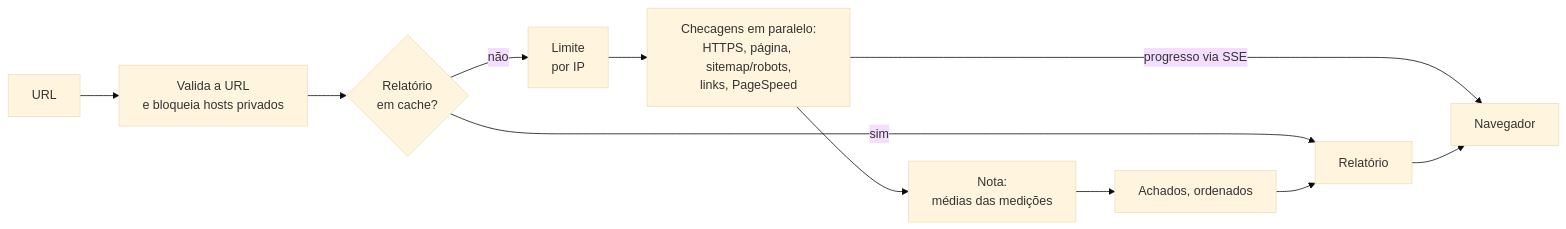
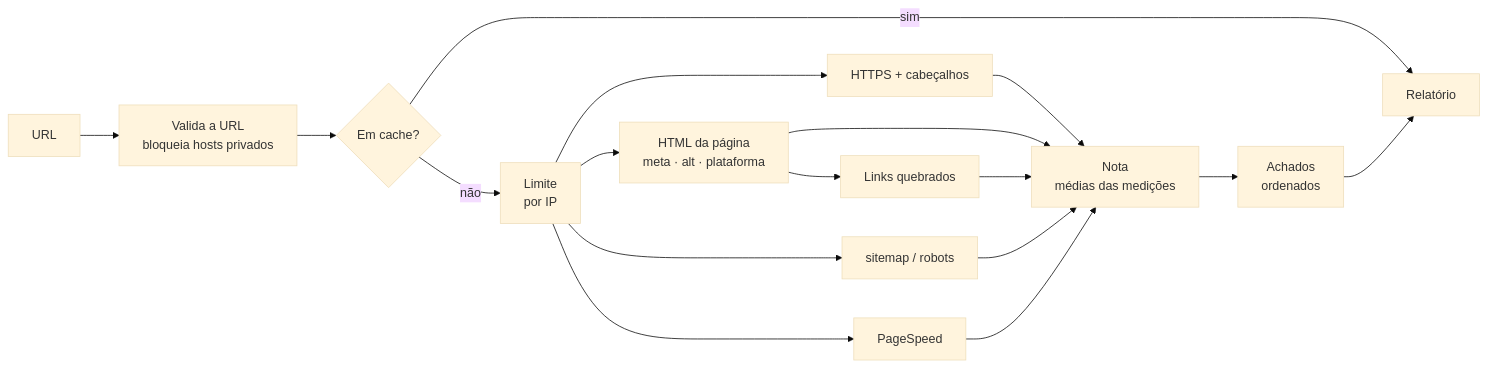
One commit to leodds21/Website-reviewer changed the diagram in README.pt-BR.md. Above: the diagram before and after it, drawn with Mermaid (base theme). The commit also changed other lines of this file and 4 other files, not shown here.

````diff
--- a/README.pt-BR.md
+++ b/README.pt-BR.md
@@ -42,13 +45,15 @@
 ```mermaid
 flowchart LR
-    A[URL] --> B[Valida a URL<br/>e bloqueia hosts privados]
-    B --> C{Relatório<br/>em cache?}
-    C -- sim --> R[Relatório]
-    C -- não --> D[Limite<br/>por IP]
-    D --> E[Checagens em paralelo:<br/>HTTPS, página, sitemap/robots,<br/>links, PageSpeed]
-    E -- progresso via SSE --> UI[Navegador]
-    E --> F[Nota:<br/>médias das medições]
-    F --> G[Achados, ordenados]
-    G --> R
-    R --> UI
+    U[URL] --> V[Valida a URL<br/>bloqueia hosts privados]
+    V --> C{Em cache?}
+    C -- sim --> R
+    C -- não --> L[Limite<br/>por IP]
+    L --> H[HTTPS + cabeçalhos]
+    L --> P[HTML da página<br/>meta · alt · plataforma]
+    P --> K[Links quebrados]
+    L --> S[sitemap / robots]
+    L --> G[PageSpeed]
+    H & P & K & S & G --> SC[Nota<br/>médias das medições]
+    SC --> F[Achados<br/>ordenados]
+    F --> R[Relatório]
 ```
````
